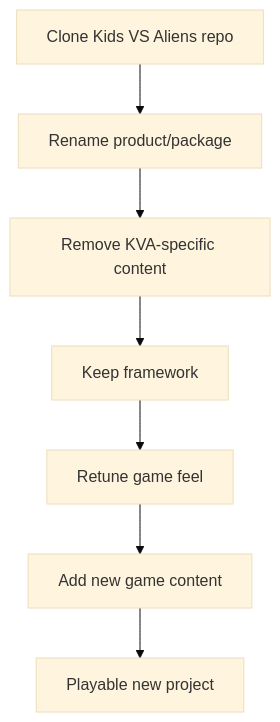
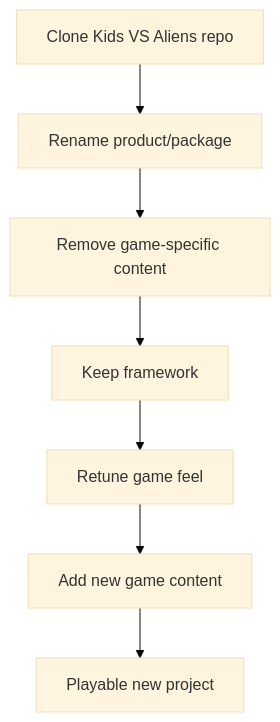
Before and after one commit to edscustoms/kids-vs-aliens: the diagram in Assets/Game/Docs/05-FRAMEWORK-REUSE.md, drawn with Mermaid (base theme). The commit also changed other lines of this file and 117 other files, not shown here.

````diff
--- a/Assets/Game/Docs/05-FRAMEWORK-REUSE.md
+++ b/Assets/Game/Docs/05-FRAMEWORK-REUSE.md
@@ -9,9 +9,9 @@
 ```mermaid
 flowchart TD
     A[Clone Kids VS Aliens repo] --> B[Rename product/package]
-    B --> C[Remove KVA-specific content]
+    B --> C[Remove game-specific content]
     C --> D[Keep framework]
     D --> E[Retune game feel]
     E --> F[Add new game content]
     F --> G[Playable new project]
 ```
````
